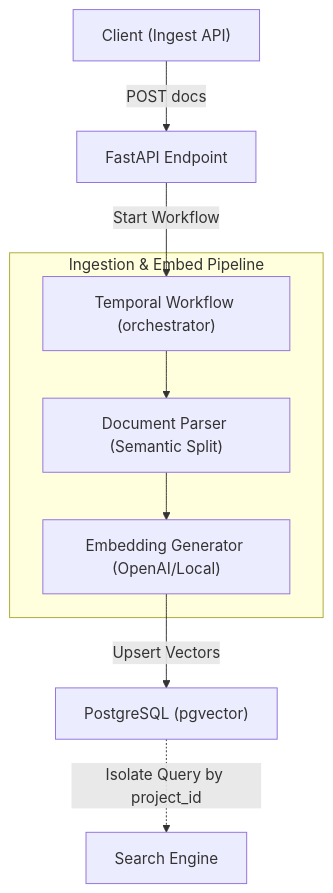
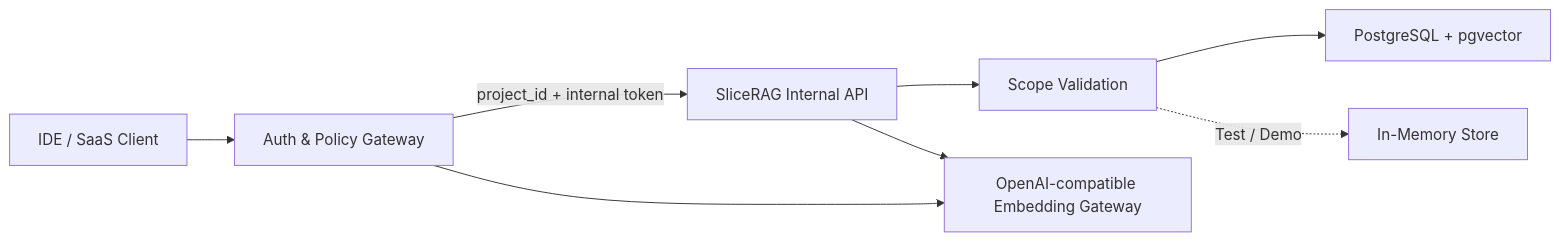
The first of 2 diagrams in docs/projects/slicerag.md (devcy0922/devcy0922.github.io), drawn with Mermaid before and after one commit. The commit also changed other lines of this file and 7 other files, not shown here.

````diff
--- a/docs/projects/slicerag.md
+++ b/docs/projects/slicerag.md
@@ -29,11 +31,10 @@
 ```mermaid
-graph TD
-    Client["Client (Ingest API)"] -->|POST docs| API["FastAPI Endpoint"]
-    API -->|Start Workflow| Workflow["Temporal Workflow (orchestrator)"]
-    subgraph Pipeline ["Ingestion & Embed Pipeline"]
-        Workflow --> Parser["Document Parser (Semantic Split)"]
-        Parser --> Embed["Embedding Generator (OpenAI/Local)"]
-    end
-    Embed -->|Upsert Vectors| DB["PostgreSQL (pgvector)"]
-    DB -.->|Isolate Query by project_id| Search["Search Engine"]
+flowchart LR
+    Client["IDE / SaaS Client"] --> Gateway["Auth & Policy Gateway"]
+    Gateway -->|"project_id + internal token"| RAG["SliceRAG Internal API"]
+    RAG --> Scope["Scope Validation"]
+    Scope --> Store["PostgreSQL + pgvector"]
+    Scope -. "Test / Demo" .-> Memory["In-Memory Store"]
+    Gateway --> Embed["OpenAI-compatible Embedding Gateway"]
+    RAG --> Embed
 ```
````
